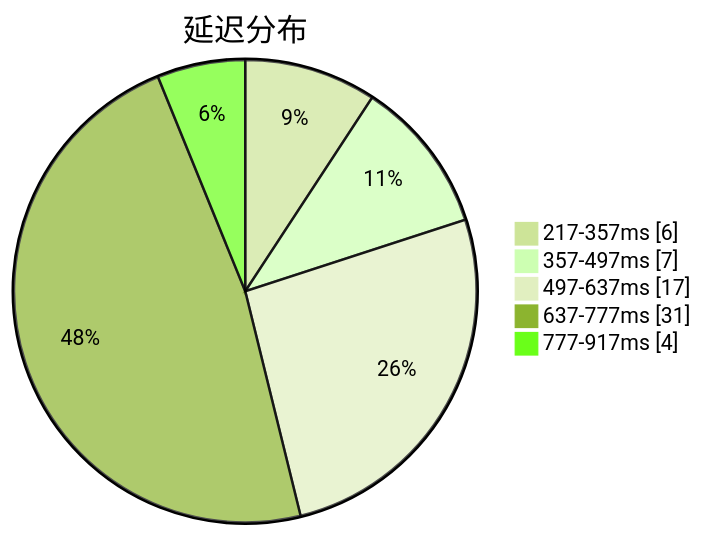
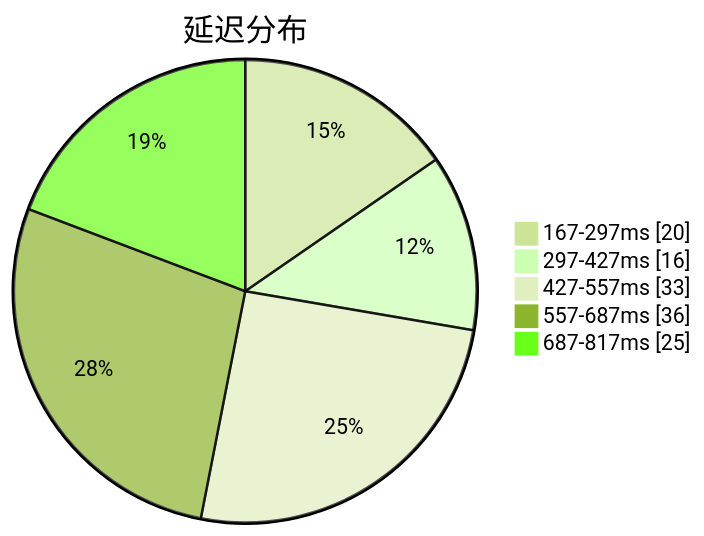
Before and after one commit to qjlxg/airport: the first of 3 diagrams in subs/statistics/tested_within.md, drawn with Mermaid (forest theme). The commit also changed other lines of this file and 2 other files, not shown here.

````diff
--- a/subs/statistics/tested_within.md
+++ b/subs/statistics/tested_within.md
@@ -2,9 +2,9 @@
 ```mermaid
 pie showData
 title 延迟分布
-"217-357ms" : 6
-"357-497ms" : 7
-"497-637ms" : 17
-"637-777ms" : 31
-"777-917ms" : 4
+"167-297ms" : 20
+"297-427ms" : 16
+"427-557ms" : 33
+"557-687ms" : 36
+"687-817ms" : 25
 ```
````
